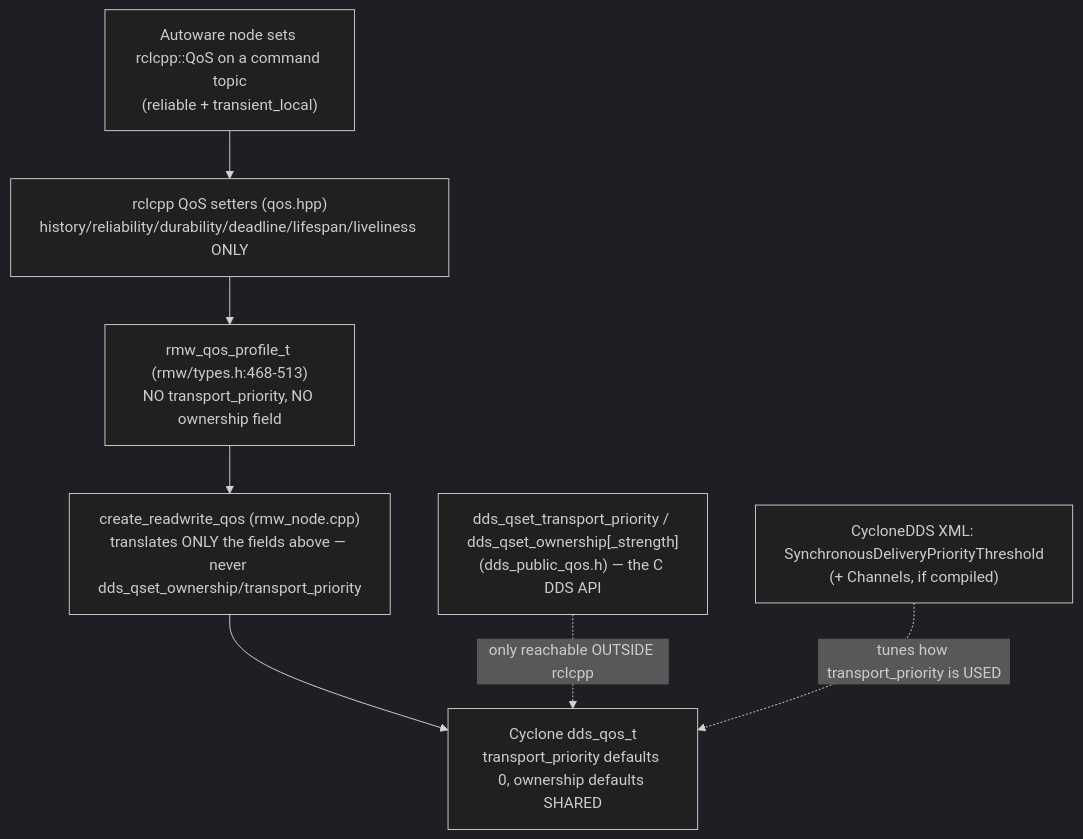
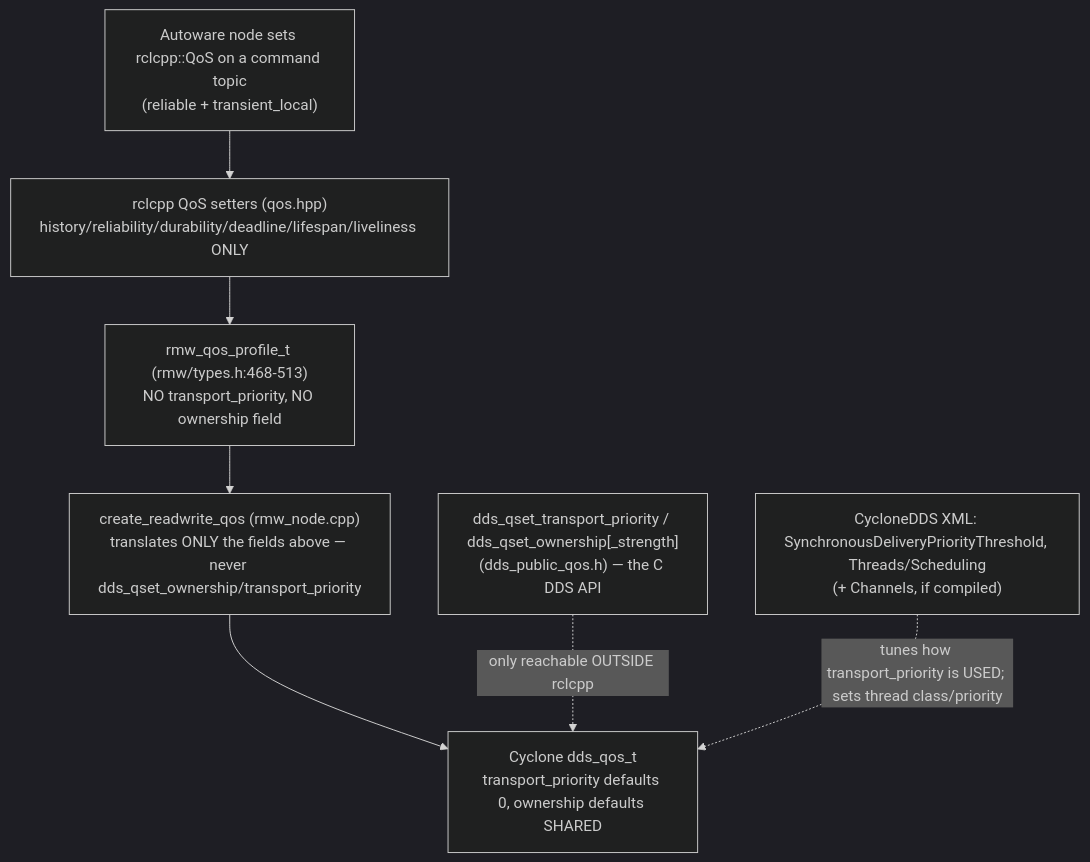
The diagram in awsim-study/reports/task-5-report.md (jpoanders/autoware-stack-notes), drawn with Mermaid (dark theme) before and after one commit. The commit also changed other lines of this file and 11 other files, not shown here.

````diff
--- a/awsim-study/reports/task-5-report.md
+++ b/awsim-study/reports/task-5-report.md
@@ -99,10 +147,10 @@
 ```mermaid
 flowchart TD
   A["Autoware node sets rclcpp::QoS on a command topic\n(reliable + transient_local)"] --> B
   B["rclcpp QoS setters (qos.hpp)\nhistory/reliability/durability/deadline/lifespan/liveliness ONLY"] --> C
   C["rmw_qos_profile_t (rmw/types.h:468-513)\nNO transport_priority, NO ownership field"] --> D
   D["create_readwrite_qos (rmw_node.cpp)\ntranslates ONLY the fields above — never dds_qset_ownership/transport_priority"] --> E
   E["Cyclone dds_qos_t\ntransport_priority defaults 0, ownership defaults SHARED"]
   X["dds_qset_transport_priority / dds_qset_ownership[_strength]\n(dds_public_qos.h) — the C DDS API"] -.->|"only reachable OUTSIDE rclcpp"| E
-  Y["CycloneDDS XML: SynchronousDeliveryPriorityThreshold\n(+ Channels, if compiled)"] -.->|"tunes how transport_priority is USED"| E
+  Y["CycloneDDS XML: SynchronousDeliveryPriorityThreshold, Threads/Scheduling\n(+ Channels, if compiled)"] -.->|"tunes how transport_priority is USED; sets thread class/priority"| E
 ```
````
